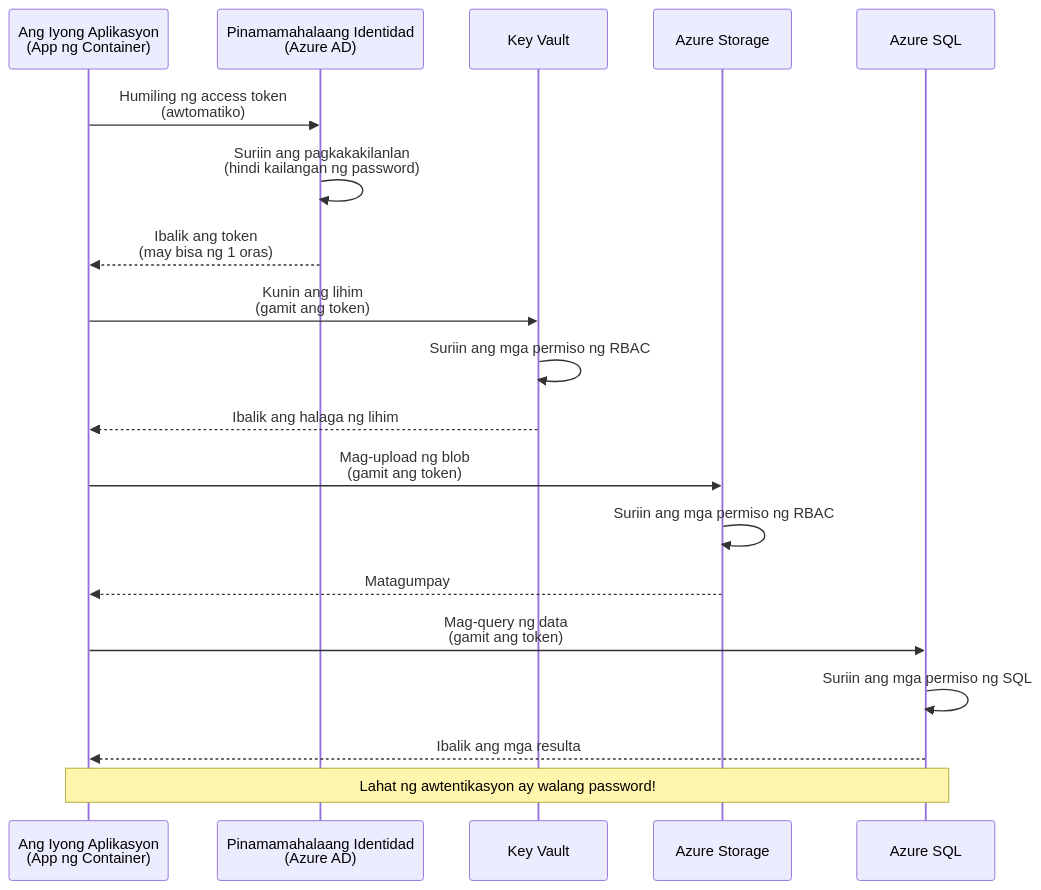
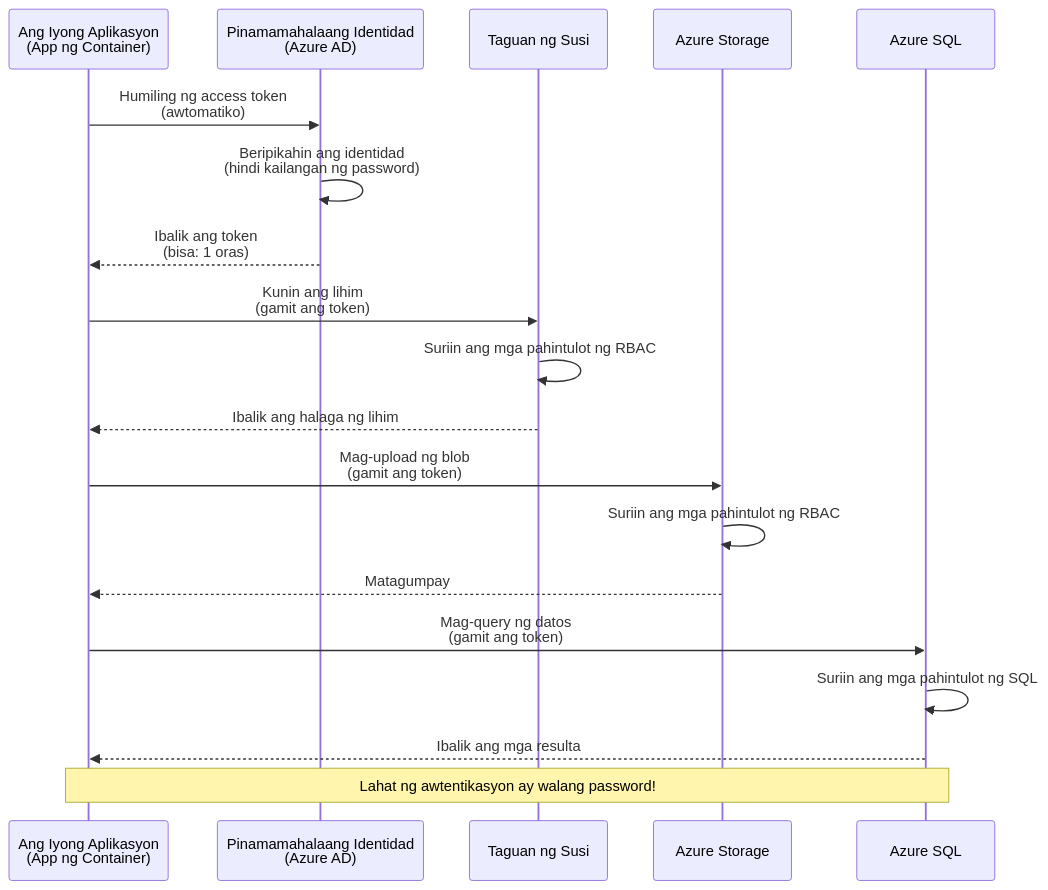
One commit to microsoft/AZD-for-beginners changed the first of 2 diagrams in translations/tl/docs/chapter-03-configuration/authsecurity.md. Above: the diagram before and after it, drawn with Mermaid. The commit also changed other lines of this file and 101 other files, not shown here.

````diff
--- a/translations/tl/docs/chapter-03-configuration/authsecurity.md
+++ b/translations/tl/docs/chapter-03-configuration/authsecurity.md
@@ -69,26 +69,26 @@
 ```mermaid
 sequenceDiagram
     participant App as Ang Iyong Aplikasyon<br/>(App ng Container)
     participant MI as Pinamamahalaang Identidad<br/>(Azure AD)
-    participant KV as Key Vault
+    participant KV as Taguan ng Susi
     participant Storage as Azure Storage
     participant DB as Azure SQL
     
     App->>MI: Humiling ng access token<br/>(awtomatiko)
-    MI->>MI: Suriin ang pagkakakilanlan<br/>(hindi kailangan ng password)
-    MI-->>App: Ibalik ang token<br/>(may bisa ng 1 oras)
+    MI->>MI: Beripikahin ang identidad<br/>(hindi kailangan ng password)
+    MI-->>App: Ibalik ang token<br/>(bisa: 1 oras)
     
     App->>KV: Kunin ang lihim<br/>(gamit ang token)
-    KV->>KV: Suriin ang mga permiso ng RBAC
+    KV->>KV: Suriin ang mga pahintulot ng RBAC
     KV-->>App: Ibalik ang halaga ng lihim
     
     App->>Storage: Mag-upload ng blob<br/>(gamit ang token)
-    Storage->>Storage: Suriin ang mga permiso ng RBAC
+    Storage->>Storage: Suriin ang mga pahintulot ng RBAC
     Storage-->>App: Matagumpay
     
-    App->>DB: Mag-query ng data<br/>(gamit ang token)
-    DB->>DB: Suriin ang mga permiso ng SQL
+    App->>DB: Mag-query ng datos<br/>(gamit ang token)
+    DB->>DB: Suriin ang mga pahintulot ng SQL
     DB-->>App: Ibalik ang mga resulta
     
     Note over App,DB: Lahat ng awtentikasyon ay walang password!
 ```
````
